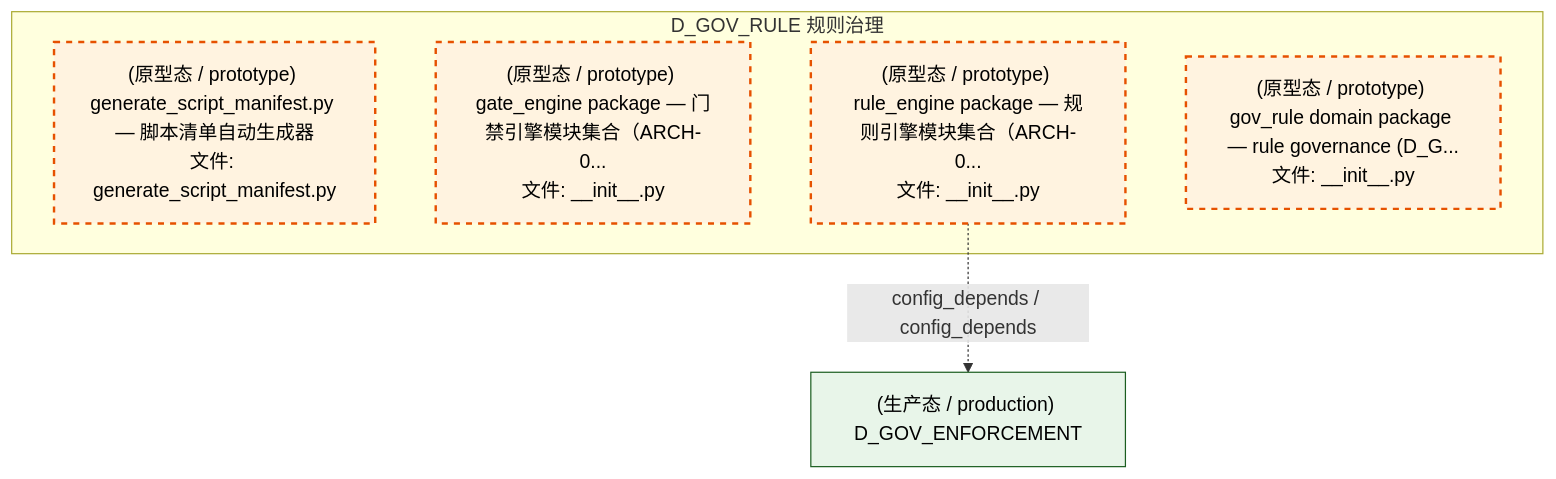
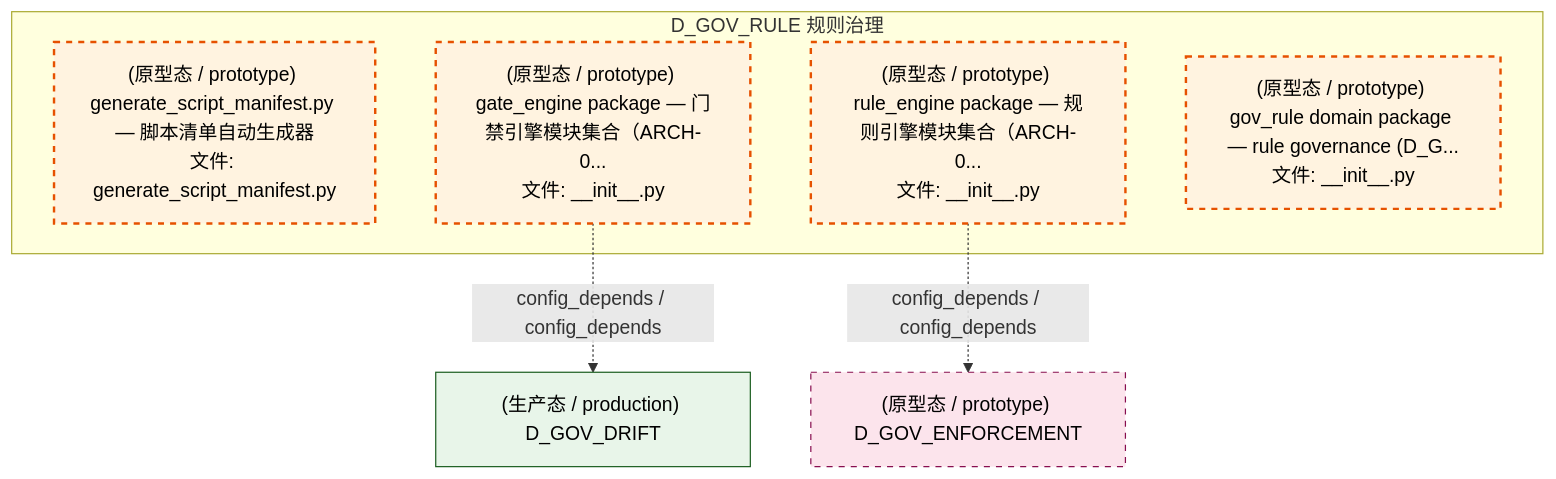
The fourth of 5 diagrams in docs/02_enterprise_architecture/02_domain_architecture_docs/45_d_gov_rule.md (xuanFelixVan/ZephyrAlpha), drawn with Mermaid before and after one commit. The commit also changed other lines of this file and 101 other files, not shown here.

````diff
--- a/docs/02_enterprise_architecture/02_domain_architecture_docs/45_d_gov_rule.md
+++ b/docs/02_enterprise_architecture/02_domain_architecture_docs/45_d_gov_rule.md
@@ -346,17 +346,20 @@
 ```mermaid
 graph TD
     subgraph D_GOV_RULE["D_GOV_RULE 规则治理"]
         scripts_governance_generators_generate_script_manifest_py["(原型态 / prototype) generate_script_manifest.py — 脚本清单自动生成器<br/>文件: generate_script_manifest.py"]
         src_zephyr_gov_enforcement_rule_enforcement_gate_engine_init_py["(原型态 / prototype) gate_engine package — 门禁引擎模块集合（ARCH-0...<br/>文件: __init__.py"]
         src_zephyr_gov_enforcement_rule_enforcement_rule_engine_init_py["(原型态 / prototype) rule_engine package — 规则引擎模块集合（ARCH-0...<br/>文件: __init__.py"]
         src_zephyr_gov_rule_init_py["(原型态 / prototype) gov_rule domain package — rule governance (D_G...<br/>文件: __init__.py"]
     end
-    D_GOV_ENFORCEMENT["(生产态 / production) D_GOV_ENFORCEMENT"]
+    D_GOV_DRIFT["(生产态 / production) D_GOV_DRIFT"]
+    src_zephyr_gov_enforcement_rule_enforcement_gate_engine_init_py -.->|config_depends / config_depends| D_GOV_DRIFT
+    D_GOV_ENFORCEMENT["(原型态 / prototype) D_GOV_ENFORCEMENT"]
     src_zephyr_gov_enforcement_rule_enforcement_rule_engine_init_py -.->|config_depends / config_depends| D_GOV_ENFORCEMENT
     classDef production fill:#e1f5fe,stroke:#01579b,stroke-width:2px,color:#000
     classDef design fill:#fff3e0,stroke:#e65100,stroke-width:2px,color:#000,stroke-dasharray: 5 5
     classDef external_prod fill:#e8f5e9,stroke:#1b5e20,stroke-width:1px,color:#000
     classDef external_design fill:#fce4ec,stroke:#880e4f,stroke-width:1px,color:#000,stroke-dasharray: 5 5
     class scripts_governance_generators_generate_script_manifest_py,src_zephyr_gov_enforcement_rule_enforcement_gate_engine_init_py,src_zephyr_gov_enforcement_rule_enforcement_rule_engine_init_py,src_zephyr_gov_rule_init_py design
-    class D_GOV_ENFORCEMENT external_prod
+    class D_GOV_DRIFT external_prod
+    class D_GOV_ENFORCEMENT external_design
 ```
````
